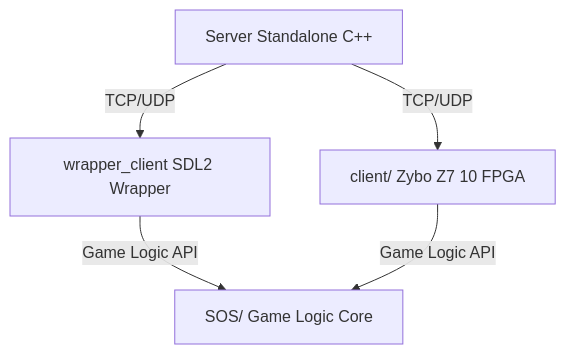
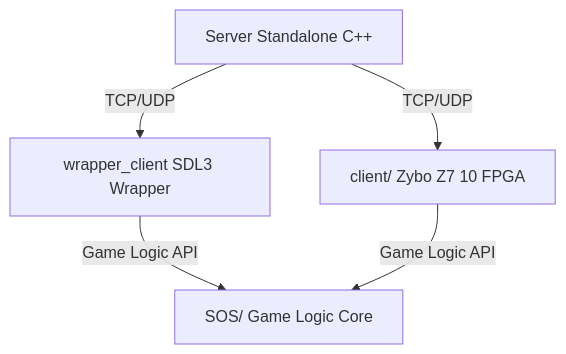
Before and after one commit to dinordi/SagaOfSacrifice2: the diagram in docs/SYSTEM_OVERVIEW.md, drawn with Mermaid. The commit also changed other lines of this file, not shown here.

````diff
--- a/docs/SYSTEM_OVERVIEW.md
+++ b/docs/SYSTEM_OVERVIEW.md
@@ -3,12 +3,12 @@
 ```mermaid
 flowchart TD
     SERVER -->|TCP/UDP| WRAPPER_CLIENT
     SERVER -->|TCP/UDP| ZYBO_CLIENT
     WRAPPER_CLIENT -->|Game Logic API| GAME_CORE
     ZYBO_CLIENT -->|Game Logic API| GAME_CORE
 
     SERVER[Server Standalone C++]
-    WRAPPER_CLIENT[wrapper_client SDL2 Wrapper]
+    WRAPPER_CLIENT[wrapper_client SDL3 Wrapper]
     ZYBO_CLIENT[client/ Zybo Z7 10 FPGA]
     GAME_CORE[SOS/ Game Logic Core]
 ```
````
